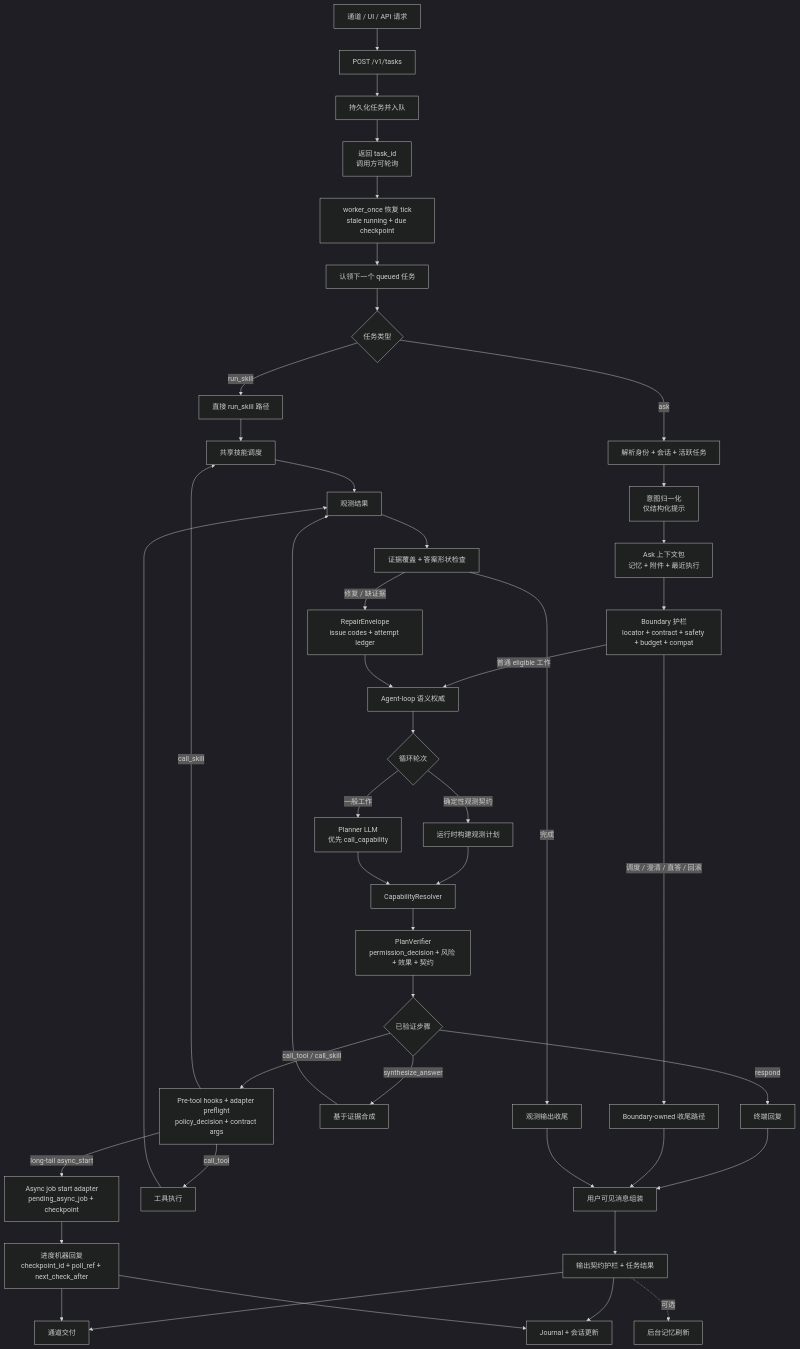
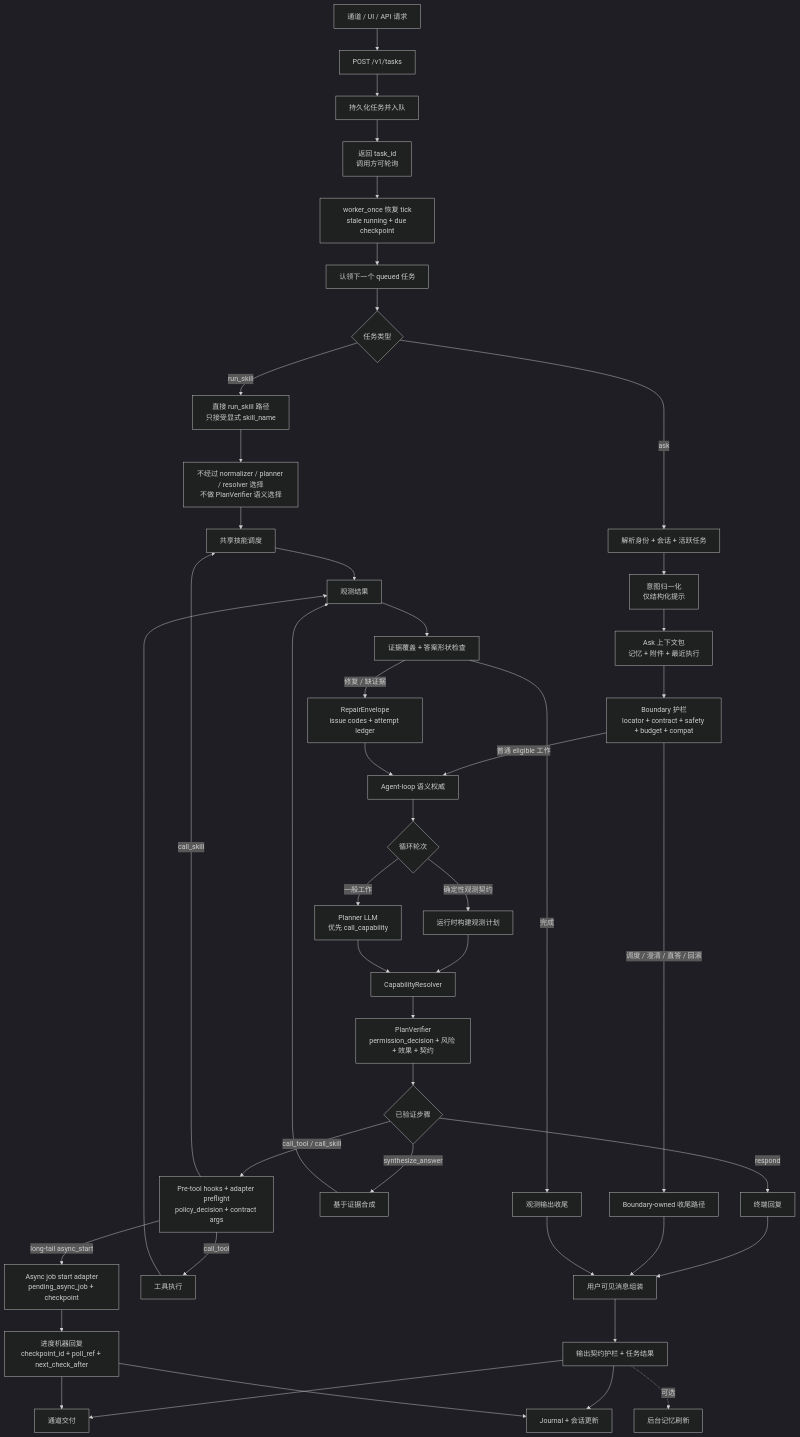
The first of 3 diagrams in README.zh-CN.md (MatrixCoreX/RustClaw), drawn with Mermaid (dark theme) before and after one commit. The commit also changed other lines of this file and 49 other files, not shown here.

````diff
--- a/README.zh-CN.md
+++ b/README.zh-CN.md
@@ -28,47 +28,48 @@
 ```mermaid
 flowchart TD
     A[通道 / UI / API 请求] --> B[POST /v1/tasks]
     B --> C[持久化任务并入队]
     C --> D[返回 task_id<br/>调用方可轮询]
     D --> E0[worker_once 恢复 tick<br/>stale running + due checkpoint]
     E0 --> E1[认领下一个 queued 任务]
     E1 --> E{任务类型}
-    E -->|run_skill| RS[直接 run_skill 路径]
+    E -->|run_skill| RS[直接 run_skill 路径<br/>只接受显式 skill_name]
     E -->|ask| F[解析身份 + 会话 + 活跃任务]
     F --> G[意图归一化<br/>仅结构化提示]
     G --> H[Ask 上下文包<br/>记忆 + 附件 + 最近执行]
     H --> I[Boundary 护栏<br/>locator + contract + safety + budget + compat]
     I -->|普通 eligible 工作| J[Agent-loop 语义权威]
     I -->|调度 / 澄清 / 直答 / 回滚| K[Boundary-owned 收尾路径]
     J --> L{循环轮次}
     L -->|确定性观测契约| M[运行时构建观测计划]
     L -->|一般工作| N[Planner LLM<br/>优先 call_capability]
     M --> O[CapabilityResolver]
     N --> O
     O --> P[PlanVerifier<br/>permission_decision + 风险 + 效果 + 契约]
     P --> Q{已验证步骤}
     Q -->|respond| R[终端回复]
     Q -->|synthesize_answer| S[基于证据合成]
     Q -->|call_tool / call_skill| QP[Pre-tool hooks + adapter preflight<br/>policy_decision + contract args]
     QP -->|long-tail async_start| AS[Async job start adapter<br/>pending_async_job + checkpoint]
     AS --> ASP[进度机器回复<br/>checkpoint_id + poll_ref + next_check_after]
     QP -->|call_tool| T[工具执行]
     QP -->|call_skill| U[共享技能调度]
-    RS --> U
+    RS --> RSG[不经过 normalizer / planner / resolver 选择<br/>不做 PlanVerifier 语义选择]
+    RSG --> U
     T --> V[观测结果]
     U --> V
     S --> V
     V --> W[证据覆盖 + 答案形状检查]
     W -->|修复 / 缺证据| WR[RepairEnvelope<br/>issue codes + attempt ledger]
     WR --> J
     W -->|完成| X[观测输出收尾]
     R --> Y[用户可见消息组装]
     K --> Y
     X --> Y
     Y --> Z[输出契约护栏 + 任务结果]
     Z --> AA[通道交付]
     Z --> AB[Journal + 会话更新]
     ASP --> AA
     ASP --> AB
     Z -. 可选 .-> AC[后台记忆刷新]
 ```
````
